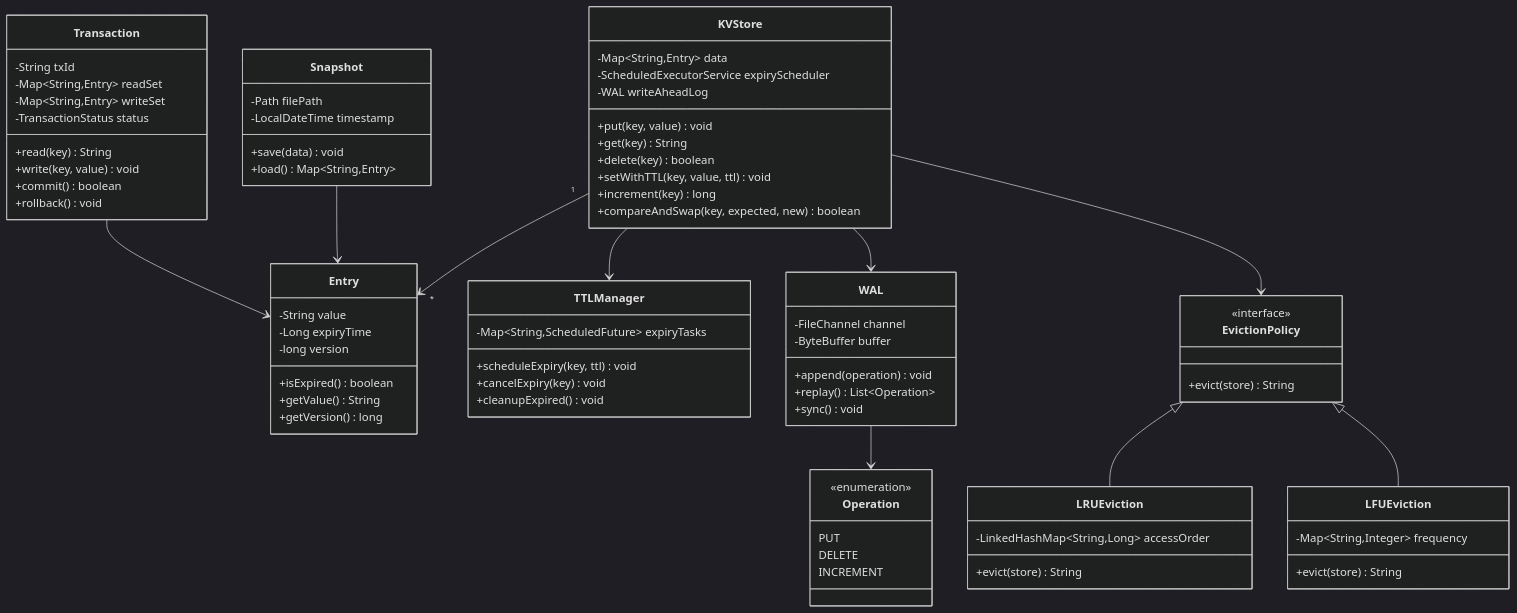
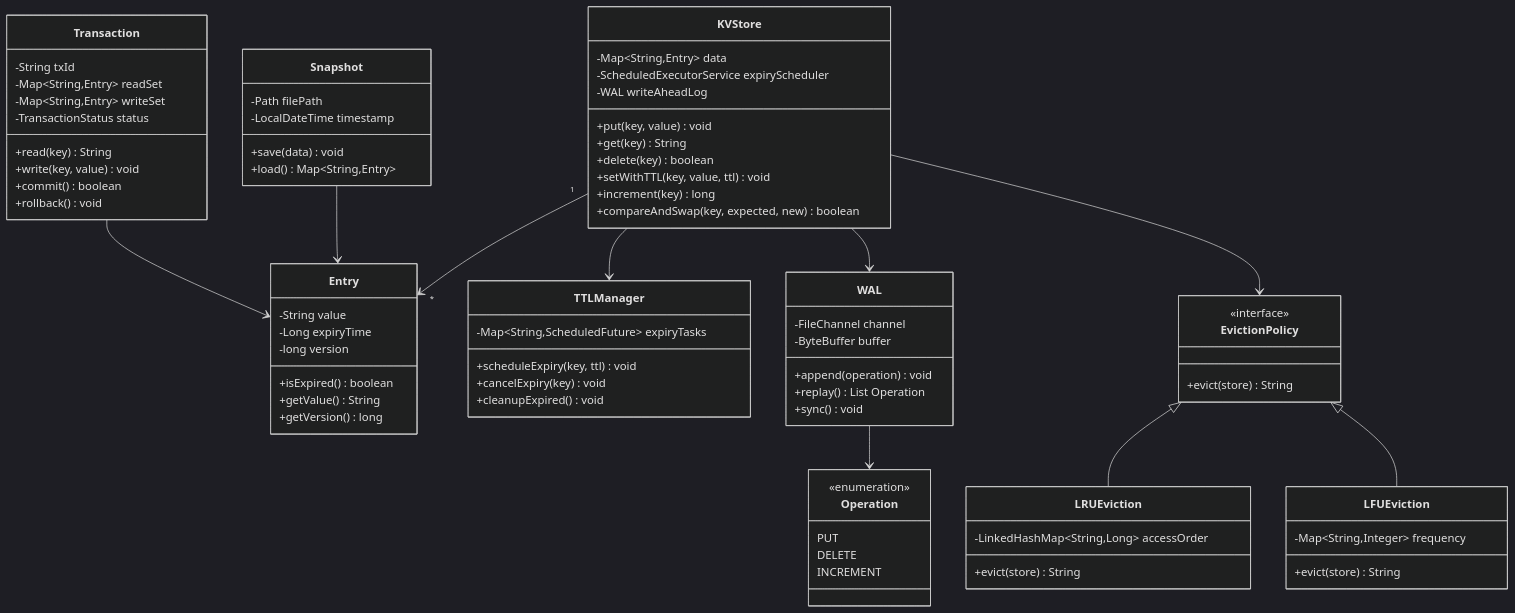
Before and after one commit to dlkr18/lld-playbook: the diagram in docs/problems/kvstore/README.md, drawn with Mermaid (dark theme). The commit also changed 26 other files, not shown here.

First line of the commit message:
Fix Mermaid v10 syntax errors in class diagrams.

```diff
--- a/docs/problems/kvstore/README.md
+++ b/docs/problems/kvstore/README.md
@@ -102,7 +102,7 @@
         -FileChannel channel
         -ByteBuffer buffer
         +append(operation) void
-        +replay() List~Operation~
+        +replay() List Operation
         +sync() void
     }
 
```
